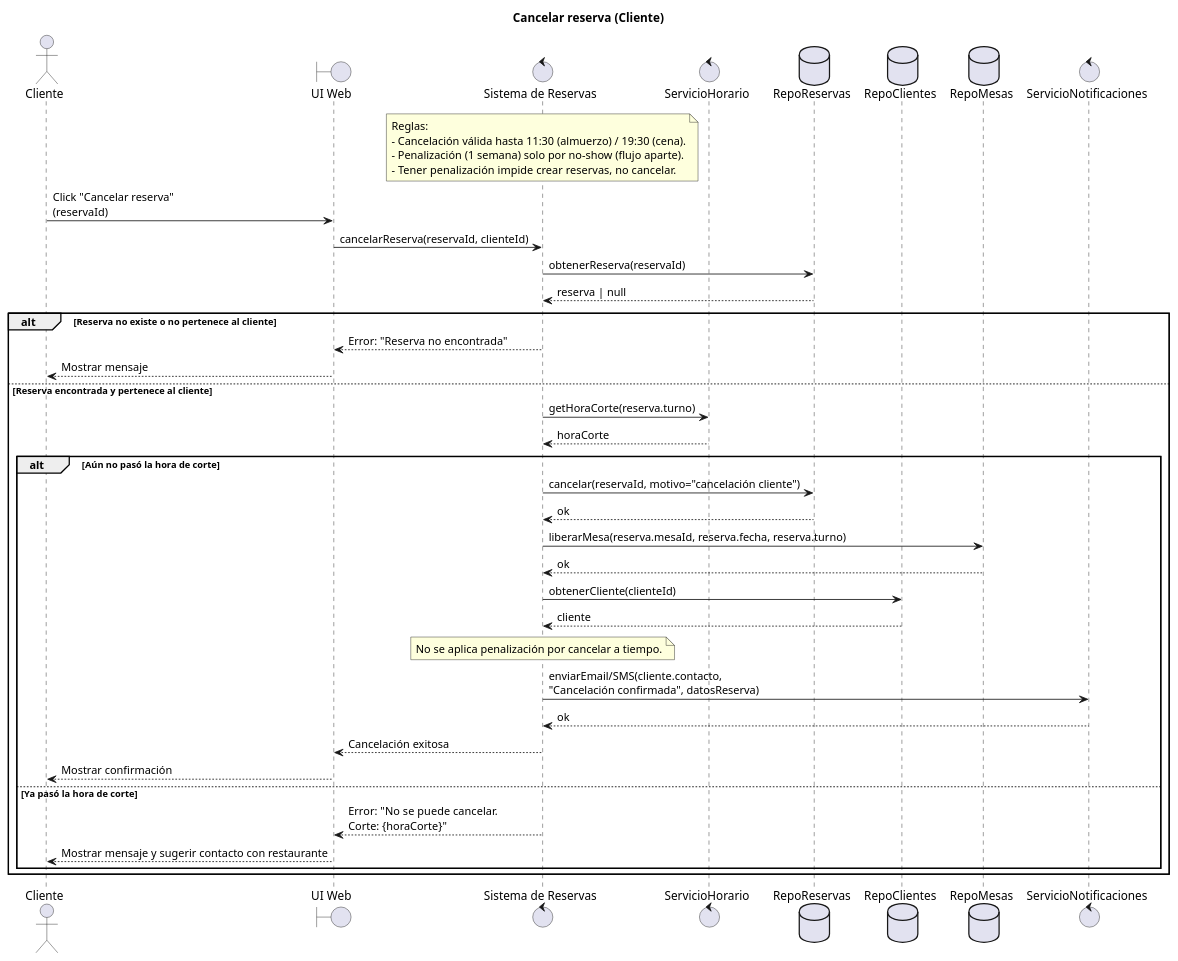
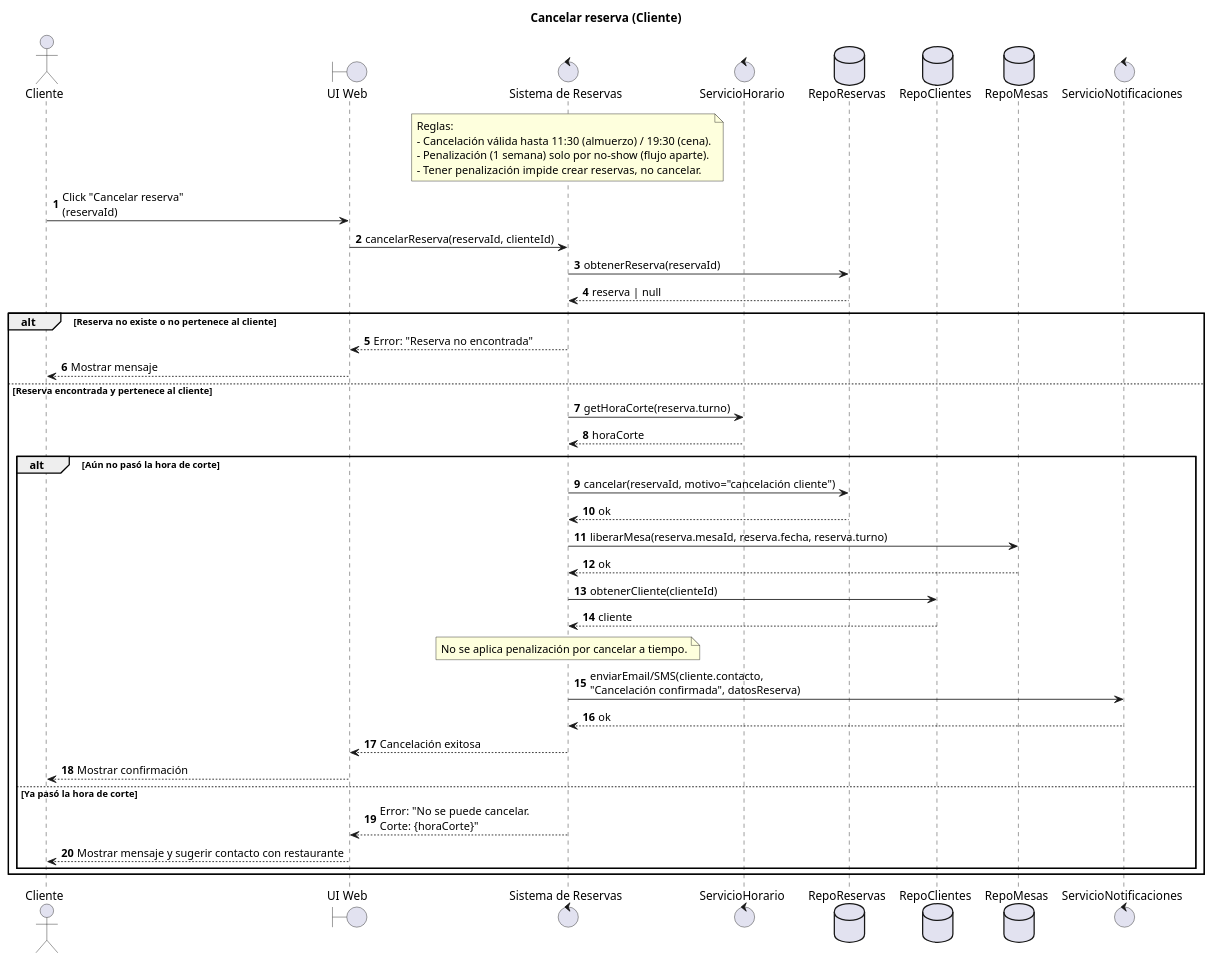
The diagram in slides/starUML/1b_restaurante.puml (UBP-IngenieriaSoftware/filminas), drawn with PlantUML before and after one commit. The commit also changed 4 other files, not shown here.

```diff
--- a/slides/starUML/1b_restaurante.puml
+++ b/slides/starUML/1b_restaurante.puml
@@ -1,62 +1,63 @@
 @startuml
+autonumber
 title Cancelar reserva (Cliente)
 
 actor Cliente as C
 boundary "UI Web" as UI
 control "Sistema de Reservas" as S
 control "ServicioHorario" as SH
 database "RepoReservas" as RR
 database "RepoClientes" as RC
 database "RepoMesas" as RM
 control "ServicioNotificaciones" as SN
 
 note over S
   Reglas:
   - Cancelación válida hasta 11:30 (almuerzo) / 19:30 (cena).
   - Penalización (1 semana) solo por no-show (flujo aparte).
   - Tener penalización impide crear reservas, no cancelar.
 end note
 
 C -> UI: Click "Cancelar reserva"\n(reservaId)
 UI -> S: cancelarReserva(reservaId, clienteId)
 
 S -> RR: obtenerReserva(reservaId)
 RR --> S: reserva | null
 
 alt Reserva no existe o no pertenece al cliente
   S --> UI: Error: "Reserva no encontrada"
   UI --> C: Mostrar mensaje
 else Reserva encontrada y pertenece al cliente
   S -> SH: getHoraCorte(reserva.turno)
   SH --> S: horaCorte
 
   alt Aún no pasó la hora de corte
     ' Cancelación permitida
     S -> RR: cancelar(reservaId, motivo="cancelación cliente")
     RR --> S: ok
 
     ' Liberar mesa
     S -> RM: liberarMesa(reserva.mesaId, reserva.fecha, reserva.turno)
     RM --> S: ok
 
     ' (Opcional) actualizar estado del cliente si tuviera flags temporales
     S -> RC: obtenerCliente(clienteId)
     RC --> S: cliente
     note over S
       No se aplica penalización por cancelar a tiempo.
     end note
 
     ' Notificar confirmación
     S -> SN: enviarEmail/SMS(cliente.contacto,\n"Cancelación confirmada", datosReserva)
     SN --> S: ok
 
     S --> UI: Cancelación exitosa
     UI --> C: Mostrar confirmación
   else Ya pasó la hora de corte
     ' Cancelación no permitida por el cliente
     S --> UI: Error: "No se puede cancelar.\nCorte: {horaCorte}"
     UI --> C: Mostrar mensaje y sugerir contacto con restaurante
   end
 end
 
 @enduml
```
